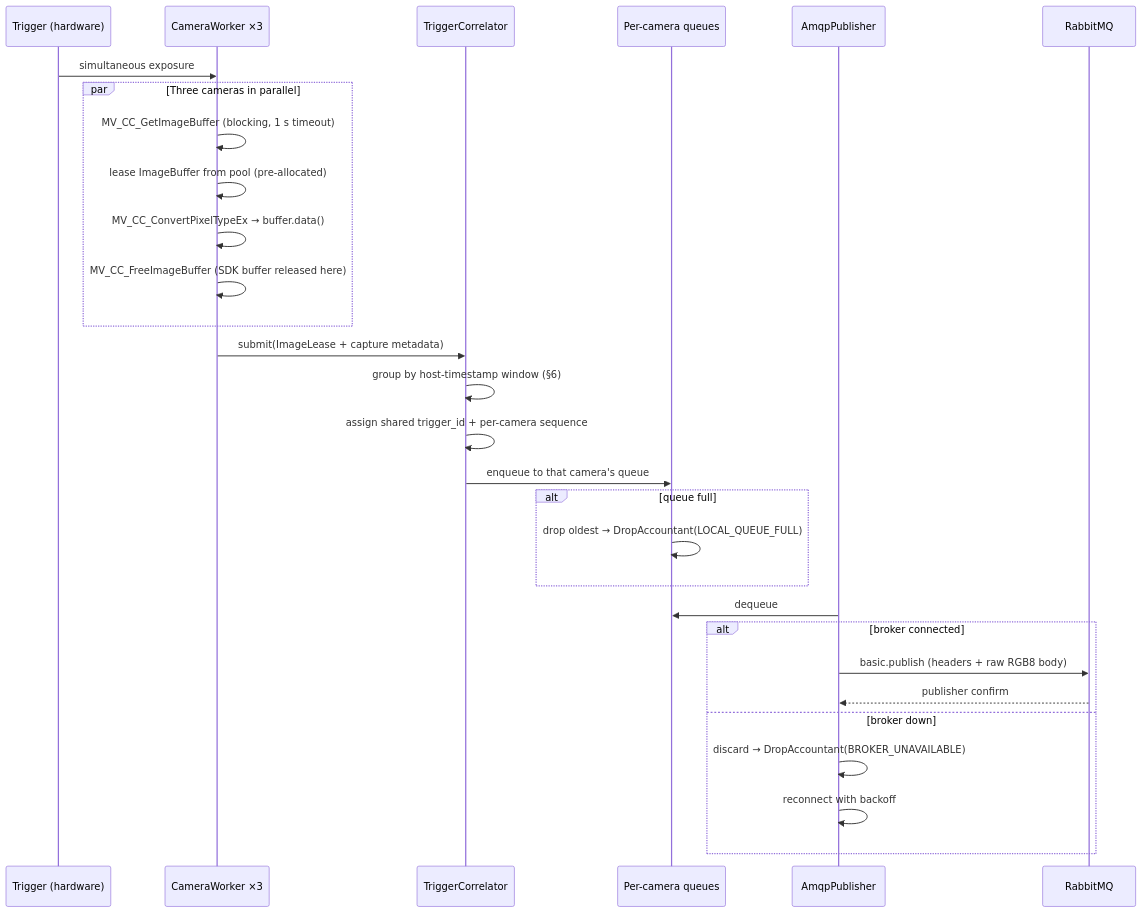
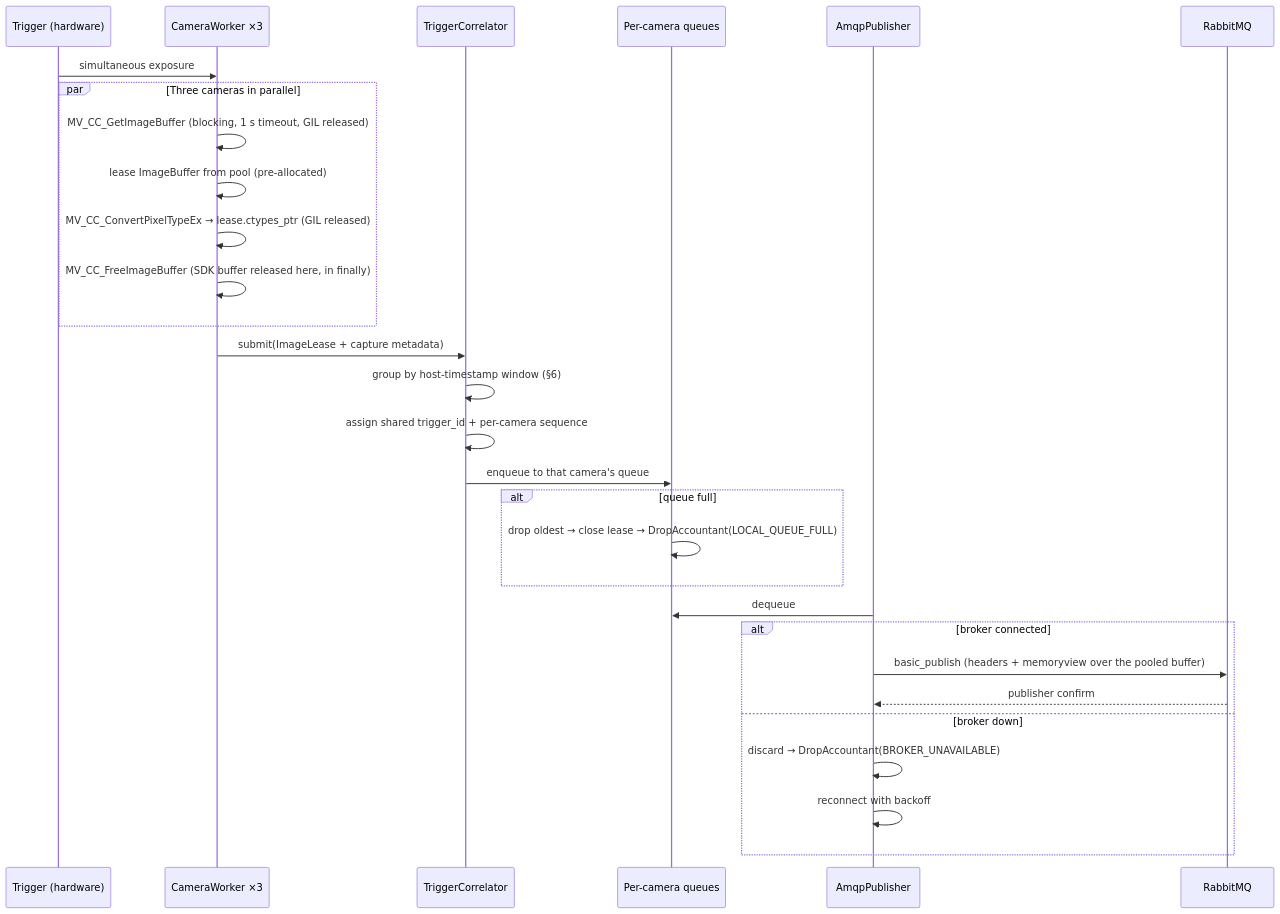
Before and after one commit to masruk/FabricInspection: the second of 4 diagrams in Documents/SDD-camera-acquisition-service.md, drawn with Mermaid. The commit also changed other lines of this file and 23 other files, not shown here.

````diff
--- a/Documents/SDD-camera-acquisition-service.md
+++ b/Documents/SDD-camera-acquisition-service.md
@@ -130,32 +156,32 @@
 ```mermaid
 sequenceDiagram
     participant HW as Trigger (hardware)
     participant W as CameraWorker ×3
     participant C as TriggerCorrelator
     participant Q as Per-camera queues
     participant P as AmqpPublisher
     participant B as RabbitMQ
 
     HW->>W: simultaneous exposure
     par Three cameras in parallel
-        W->>W: MV_CC_GetImageBuffer (blocking, 1 s timeout)
+        W->>W: MV_CC_GetImageBuffer (blocking, 1 s timeout, GIL released)
         W->>W: lease ImageBuffer from pool (pre-allocated)
-        W->>W: MV_CC_ConvertPixelTypeEx → buffer.data()
-        W->>W: MV_CC_FreeImageBuffer (SDK buffer released here)
+        W->>W: MV_CC_ConvertPixelTypeEx → lease.ctypes_ptr (GIL released)
+        W->>W: MV_CC_FreeImageBuffer (SDK buffer released here, in finally)
     end
     W->>C: submit(ImageLease + capture metadata)
     C->>C: group by host-timestamp window (§6)
     C->>C: assign shared trigger_id + per-camera sequence
     C->>Q: enqueue to that camera's queue
     alt queue full
-        Q->>Q: drop oldest → DropAccountant(LOCAL_QUEUE_FULL)
+        Q->>Q: drop oldest → close lease → DropAccountant(LOCAL_QUEUE_FULL)
     end
     P->>Q: dequeue
     alt broker connected
-        P->>B: basic.publish (headers + raw RGB8 body)
+        P->>B: basic_publish (headers + memoryview over the pooled buffer)
         B-->>P: publisher confirm
     else broker down
         P->>P: discard → DropAccountant(BROKER_UNAVAILABLE)
         P->>P: reconnect with backoff
     end
 ```
````
